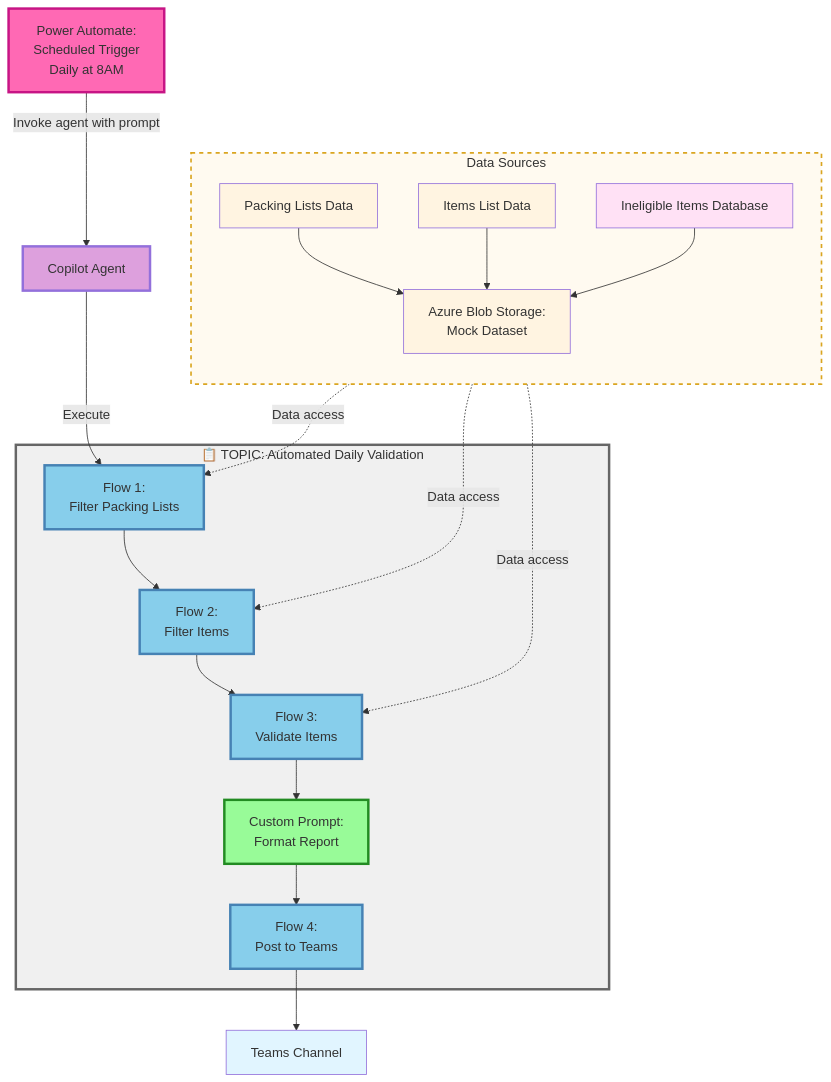
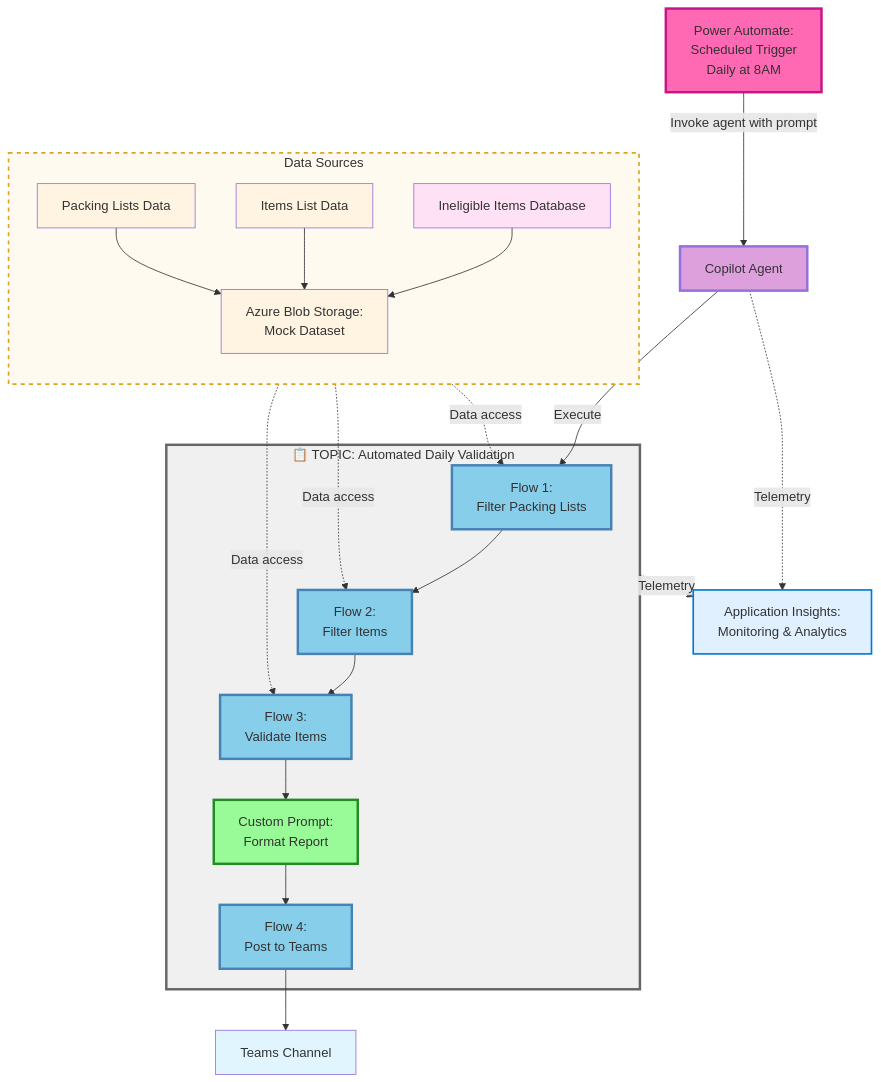
Before and after one commit to david-pizzi-cg/agentic-compliance-qa: the second of 2 diagrams in README.md, drawn with Mermaid. The commit also changed other lines of this file and 2 other files, not shown here.

First line of the commit message:
Add Application Insights monitoring and table of contents to README

````diff
--- a/README.md
+++ b/README.md
@@ -222,61 +245,65 @@
 ```mermaid
 flowchart TD
     S[Power Automate:<br/>Scheduled Trigger<br/>Daily at 8AM]
     
     S -->|Invoke agent with prompt| T[Copilot Agent]
     
     T -->|Execute| E
     
     subgraph ADV["📋 TOPIC: Automated Daily Validation"]
         E[Flow 1:<br/>Filter Packing Lists]
         F[Flow 2:<br/>Filter Items]
         G[Flow 3:<br/>Validate Items]
         H[Custom Prompt:<br/>Format Report]
         I[Flow 4:<br/>Post to Teams]
         
         E --> F
         F --> G
         G --> H
         H --> I
     end
     
     I --> J[Teams Channel]
     
     subgraph DS["Data Sources"]
         direction TB
         A[Packing Lists Data]
         B[Items List Data]
         C[Ineligible Items Database]
         A --> D[Azure Blob Storage:<br/>Mock Dataset]
         B --> D
         C --> D
     end
     
     D -.->|Data access| E
     D -.->|Data access| F
     D -.->|Data access| G
     
+    T -.->|Telemetry| K[Application Insights:<br/>Monitoring & Analytics]
+    ADV -.->|Telemetry| K
+    
     style S fill:#ff69b4,stroke:#c71585,stroke-width:3px
     style T fill:#dda0dd,stroke:#9370db,stroke-width:3px
     style ADV fill:#f0f0f0,stroke:#666,stroke-width:3px
     style DS fill:#fffaf0,stroke:#daa520,stroke-width:2px,stroke-dasharray: 5 5
+    style K fill:#e1f0ff,stroke:#0078d4,stroke-width:2px
     style A fill:#fff4e1
     style B fill:#fff4e1
     style C fill:#ffe1f5
     style D fill:#fff4e1
     style E fill:#87ceeb,stroke:#4682b4,stroke-width:3px
     style F fill:#87ceeb,stroke:#4682b4,stroke-width:3px
     style G fill:#87ceeb,stroke:#4682b4,stroke-width:3px
     style H fill:#98fb98,stroke:#228b22,stroke-width:3px
     style I fill:#87ceeb,stroke:#4682b4,stroke-width:3px
     style J fill:#e1f5ff
     
     classDef flow fill:#87ceeb,stroke:#4682b4,stroke-width:3px
     classDef prompt fill:#98fb98,stroke:#228b22,stroke-width:3px
     classDef trigger fill:#ff69b4,stroke:#c71585,stroke-width:3px
     classDef agent fill:#dda0dd,stroke:#9370db,stroke-width:3px
     class E,F,G,I flow
     class H prompt
     class S trigger
     class T agent
 ```
````
